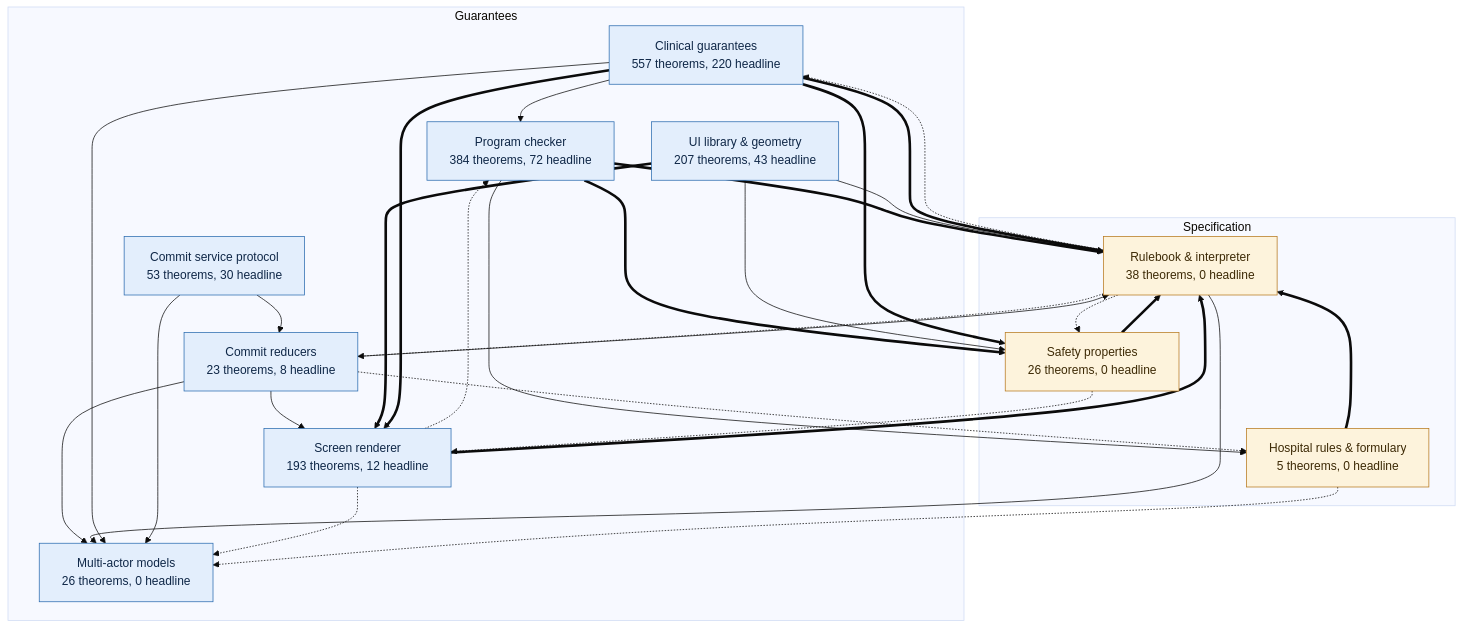
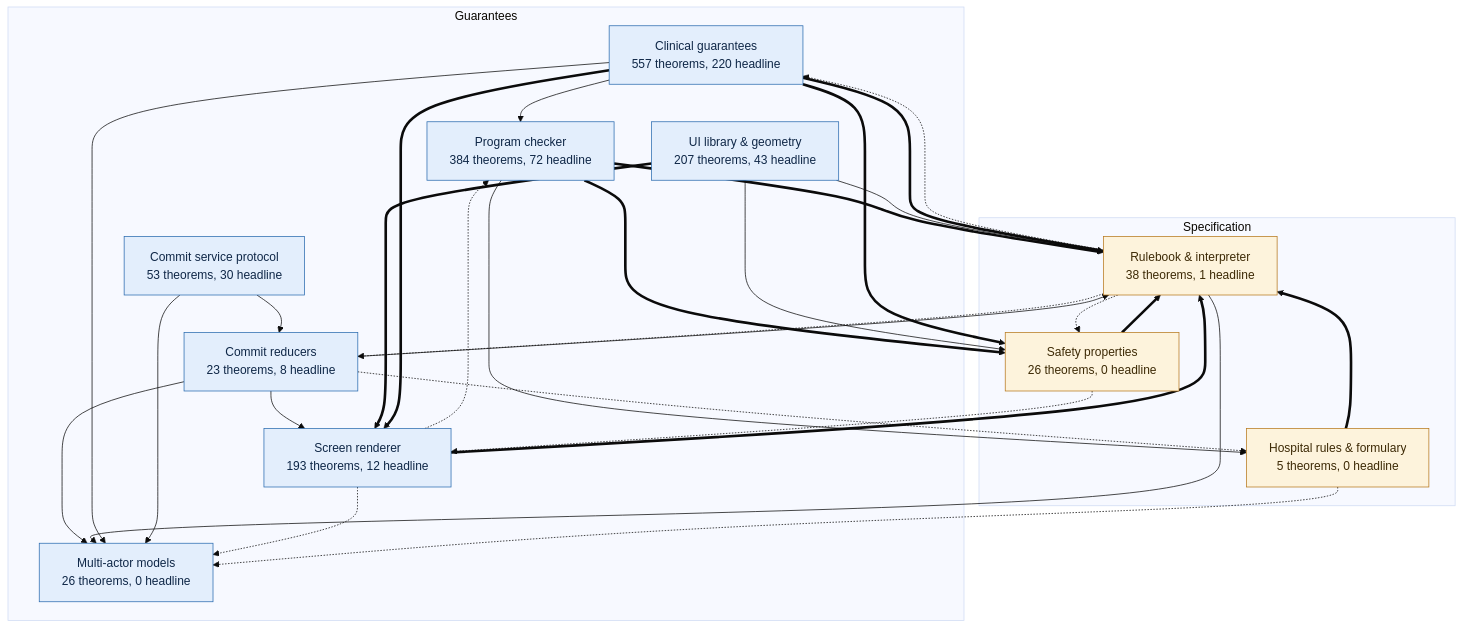
Before and after one commit to saithat/VGI-Health: the first of 10 diagrams in docs/proof-map.md, drawn with Mermaid (base theme). The commit also changed other lines of this file and 5 other files, not shown here.

````diff
--- a/docs/proof-map.md
+++ b/docs/proof-map.md
@@ -15,47 +15,47 @@
 ```mermaid
 flowchart TB
   subgraph guar_g["Guarantees"]
     proofs["Clinical guarantees<br/>557 theorems, 220 headline"]:::guar
     check["Program checker<br/>384 theorems, 72 headline"]:::guar
     render["Screen renderer<br/>193 theorems, 12 headline"]:::guar
     layout["UI library &amp; geometry<br/>207 theorems, 43 headline"]:::guar
     commit["Commit reducers<br/>23 theorems, 8 headline"]:::guar
     protocol["Commit service protocol<br/>53 theorems, 30 headline"]:::guar
     multi["Multi-actor models<br/>26 theorems, 0 headline"]:::guar
   end
   subgraph spec_g["Specification"]
-    core["Rulebook &amp; interpreter<br/>38 theorems, 0 headline"]:::spec
+    core["Rulebook &amp; interpreter<br/>38 theorems, 1 headline"]:::spec
     props["Safety properties<br/>26 theorems, 0 headline"]:::spec
     specs["Hospital rules &amp; formulary<br/>5 theorems, 0 headline"]:::spec
   end
   check ==> core
   check ==> props
   check --> specs
   commit --> core
   commit --> multi
   commit --> render
   commit -.-> specs
   core -.-> commit
   core --> multi
   core -.-> proofs
   core -.-> props
   layout --> core
   layout --> props
   layout ==> render
   proofs --> check
   proofs ==> core
   proofs --> multi
   proofs ==> props
   proofs ==> render
   props ==> core
   props -.-> render
   protocol --> commit
   protocol --> multi
   render -.-> check
   render ==> core
   render -.-> multi
   specs ==> core
   specs -.-> multi
   classDef spec fill:#fdf3dc,stroke:#b7791f,color:#3d2a06
   classDef guar fill:#e3eefc,stroke:#2b6cb0,color:#0f2747
 ```
````
